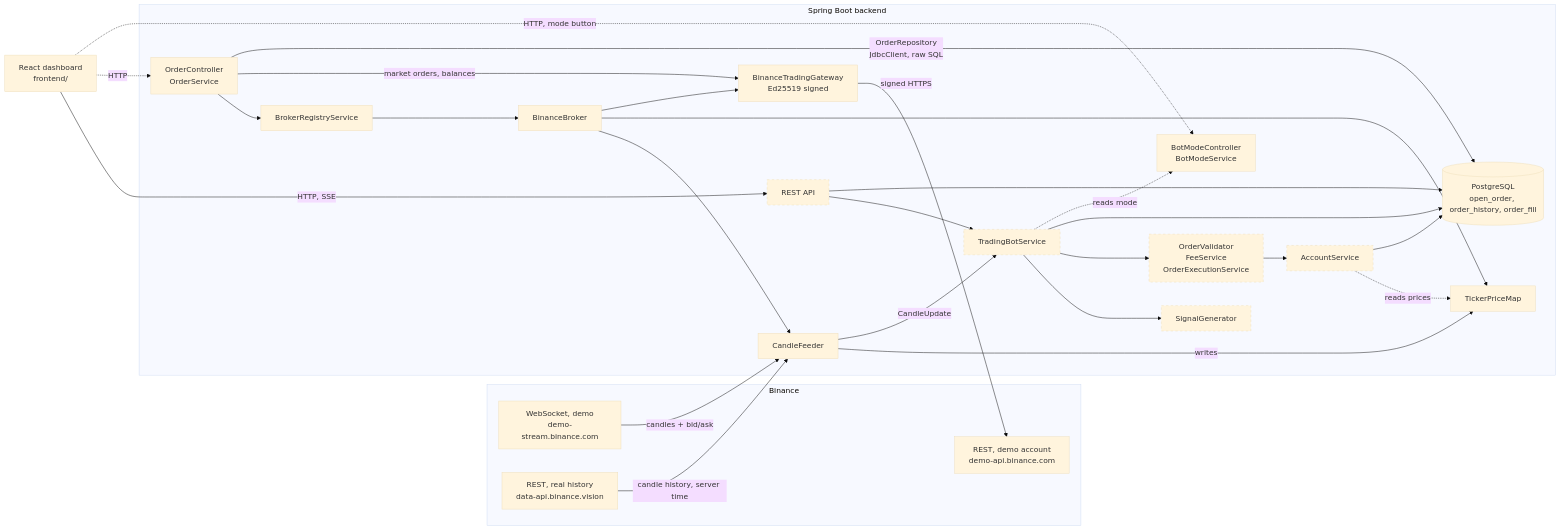
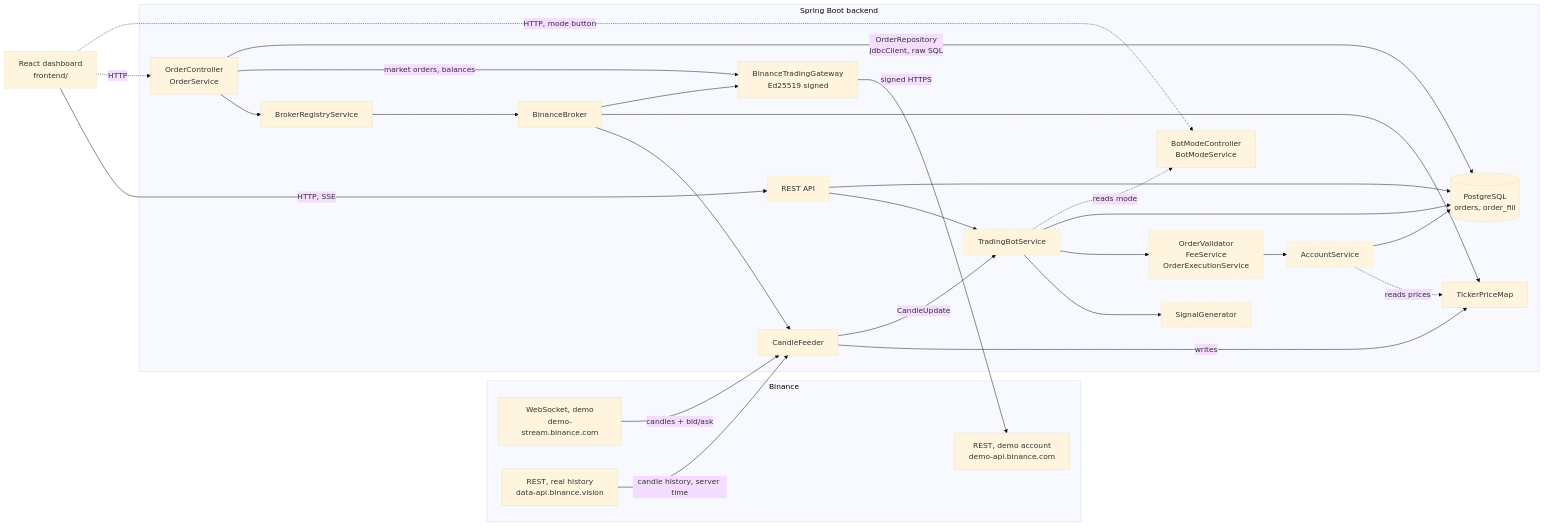
Before and after one commit to ShadowOfDiablo/t212-coding-task: the first of 29 diagrams in docs/ARCHITECTURE.md, drawn with Mermaid (base theme). The commit also changed other lines of this file and 52 other files, not shown here.

First line of the commit message:
Rewrite the database schema cleanly

````diff
--- a/docs/ARCHITECTURE.md
+++ b/docs/ARCHITECTURE.md
@@ -36,54 +36,54 @@
 ```mermaid
 flowchart LR
     subgraph Binance["Binance"]
         WS["WebSocket, demo<br/>demo-stream.binance.com"]
         REST["REST, real history<br/>data-api.binance.vision"]
         DemoApi["REST, demo account<br/>demo-api.binance.com"]
     end
 
     subgraph Backend["Spring Boot backend"]
         OrderApi["OrderController<br/>OrderService"]
         ModeApi["BotModeController<br/>BotModeService"]
         Registry["BrokerRegistryService"]
         Broker["BinanceBroker"]
         Feeder["CandleFeeder"]
         Prices["TickerPriceMap"]
         Gateway["BinanceTradingGateway<br/>Ed25519 signed"]
         Bot["TradingBotService"]
         Signal["SignalGenerator"]
         Orders["OrderValidator<br/>FeeService<br/>OrderExecutionService"]
         Account["AccountService"]
-        Db[("PostgreSQL<br/>open_order, order_history, order_fill")]
+        Db[("PostgreSQL<br/>orders, order_fill")]
         Api["REST API"]
     end
 
     Ui["React dashboard<br/>frontend/"]
 
     WS -- "candles + bid/ask" --> Feeder
     REST -- "candle history, server time" --> Feeder
     Registry --> Broker
     Broker --> Feeder
     Broker --> Prices
     Broker --> Gateway
     OrderApi --> Registry
     OrderApi -- "market orders, balances" --> Gateway
     Gateway -- "signed HTTPS" --> DemoApi
     OrderApi -- "OrderRepository<br/>JdbcClient, raw SQL" --> Db
     Feeder -- writes --> Prices
     Feeder -- CandleUpdate --> Bot
     Bot --> Signal
     Bot --> Orders
     Orders --> Account
     Account -. reads prices .-> Prices
     Account --> Db
     Bot --> Db
     Api --> Bot
     Api --> Db
     Ui -- "HTTP, SSE" --> Api
     Ui -. HTTP .-> OrderApi
     Ui -. "HTTP, mode button" .-> ModeApi
     Bot -. reads mode .-> ModeApi
 
     classDef planned stroke-dasharray: 5 5
     class Bot,Signal,Orders,Account,Api planned
 ```
````
